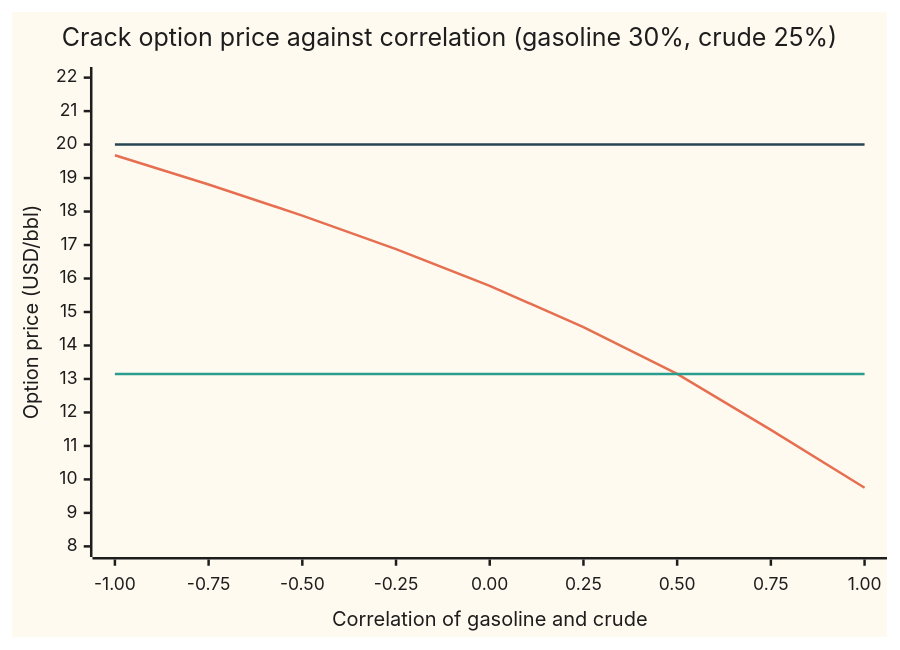
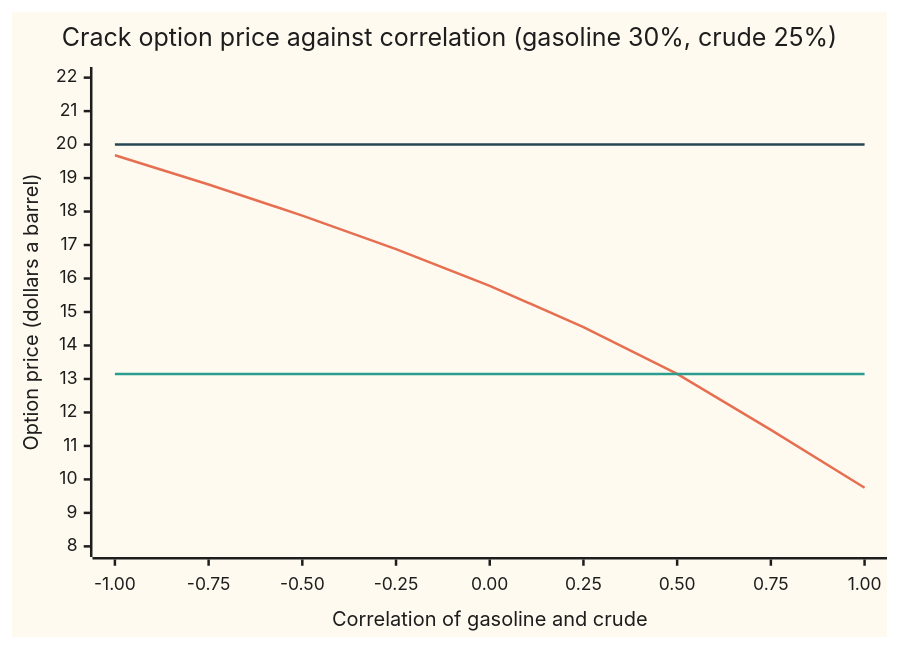
The diagram in Cards/12-Financial mathematics/26-Options on commodity futures and spreads/06-implied-correlation-from-a-spread-option.md (wappy-x/Mathematics), drawn with Mermaid before and after one commit. The commit also changed other lines of this file and 63 other files, not shown here.

````diff
--- a/Cards/12-Financial mathematics/26-Options on commodity futures and spreads/06-implied-correlation-from-a-spread-option.md
+++ b/Cards/12-Financial mathematics/26-Options on commodity futures and spreads/06-implied-correlation-from-a-spread-option.md
@@ -21,10 +21,10 @@
 ```mermaid
 %%{init: {"theme": "base", "themeVariables": {"xyChart": {"backgroundColor": "#fffaf0", "titleColor": "#1d1d1d", "xAxisLabelColor": "#1d1d1d", "xAxisTitleColor": "#1d1d1d", "xAxisTickColor": "#1d1d1d", "xAxisLineColor": "#1d1d1d", "yAxisLabelColor": "#1d1d1d", "yAxisTitleColor": "#1d1d1d", "yAxisTickColor": "#1d1d1d", "yAxisLineColor": "#1d1d1d", "plotColorPalette": "#e76f51, #2a9d8f, #264653"}}}}%%
 xychart-beta
     title "Crack option price against correlation (gasoline 30%, crude 25%)"
     x-axis "Correlation of gasoline and crude" [-1.00, -0.75, -0.50, -0.25, 0.00, 0.25, 0.50, 0.75, 1.00]
-    y-axis "Option price (USD/bbl)" 8 --> 22
+    y-axis "Option price (dollars a barrel)" 8 --> 22
     line [19.68, 18.81, 17.88, 16.88, 15.78, 14.55, 13.15, 11.48, 9.75]
     line [13.15, 13.15, 13.15, 13.15, 13.15, 13.15, 13.15, 13.15, 13.15]
     line [20.00, 20.00, 20.00, 20.00, 20.00, 20.00, 20.00, 20.00, 20.00]
 ```
````
